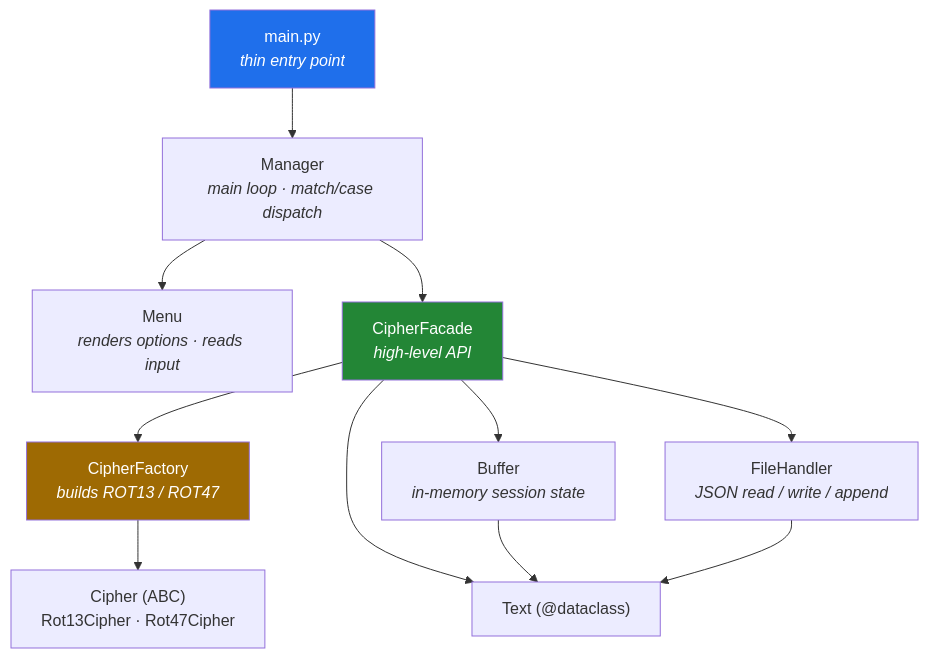
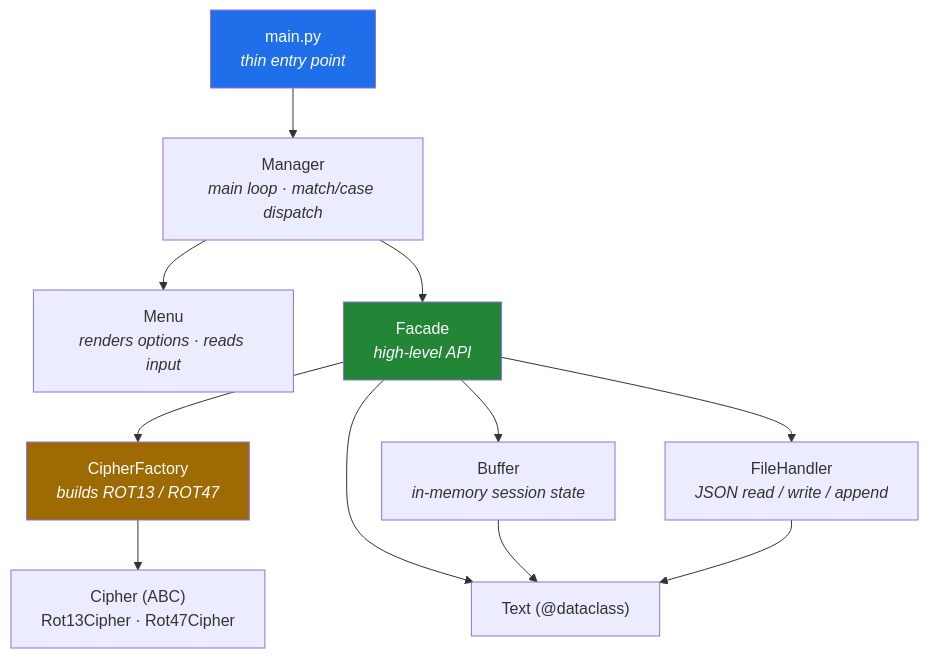
One commit to Robert-Stachowski/cipher changed the first of 2 diagrams in README.md. Above: the diagram before and after it, drawn with Mermaid. The commit also changed other lines of this file, not shown here.

````diff
--- a/README.md
+++ b/README.md
@@ -58,17 +58,17 @@
 ```mermaid
 flowchart TD
     A["main.py<br/><i>thin entry point</i>"] --> B["Manager<br/><i>main loop · match/case dispatch</i>"]
     B --> M["Menu<br/><i>renders options · reads input</i>"]
-    B --> F["CipherFacade<br/><i>high-level API</i>"]
+    B --> F["Facade<br/><i>high-level API</i>"]
     F --> C["CipherFactory<br/><i>builds ROT13 / ROT47</i>"]
     F --> BUF["Buffer<br/><i>in-memory session state</i>"]
     F --> S["FileHandler<br/><i>JSON read / write / append</i>"]
     C --> CIP["Cipher (ABC)<br/>Rot13Cipher · Rot47Cipher"]
     F --> T["Text (@dataclass)"]
     BUF --> T
     S --> T
 
     style A fill:#1f6feb,color:#fff
     style F fill:#238636,color:#fff
     style C fill:#9e6a03,color:#fff
 ```
````
